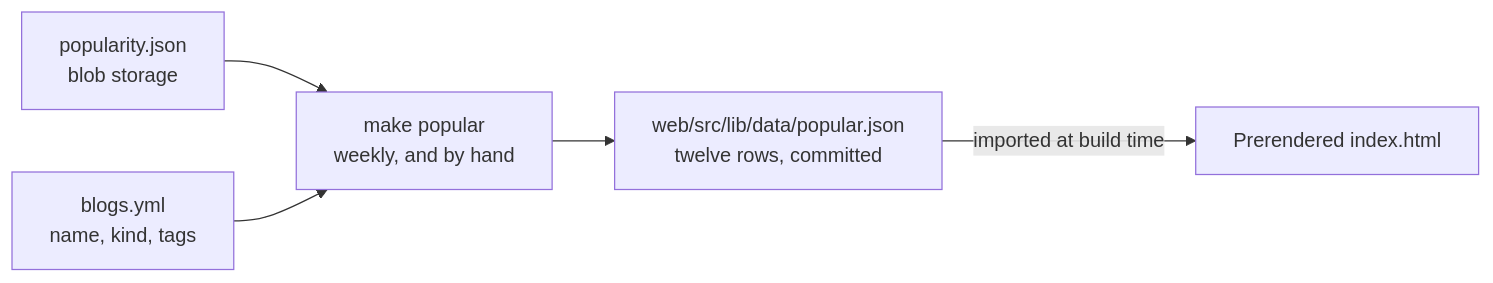
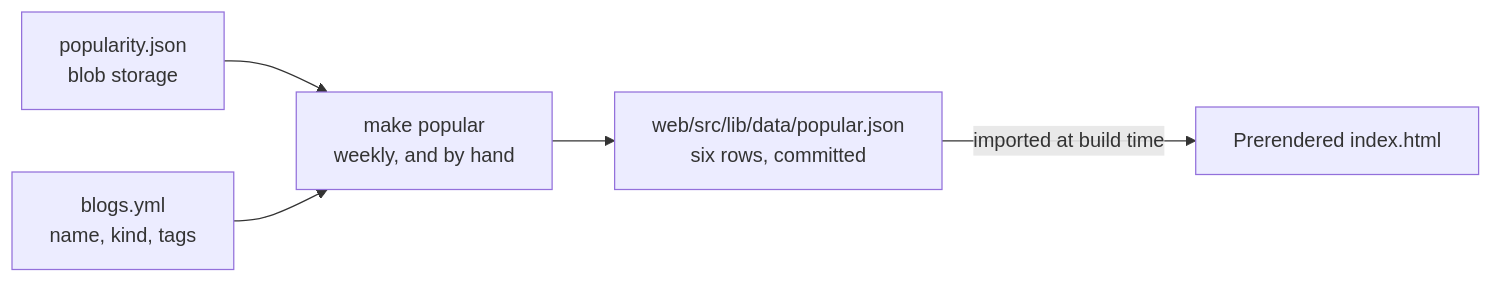
One commit to GitPaulo/blogme changed the first of 2 diagrams in docs/plans/popular-blogs-landing-plan.md. Above: the diagram before and after it, drawn with Mermaid. The commit also changed other lines of this file and 13 other files, not shown here.

````diff
--- a/docs/plans/popular-blogs-landing-plan.md
+++ b/docs/plans/popular-blogs-landing-plan.md
@@ -84,7 +84,7 @@
 ```mermaid
 flowchart LR
     P["popularity.json<br/>blob storage"] --> G["make popular<br/>weekly, and by hand"]
     Y["blogs.yml<br/>name, kind, tags"] --> G
-    G --> J["web/src/lib/data/popular.json<br/>twelve rows, committed"]
+    G --> J["web/src/lib/data/popular.json<br/>six rows, committed"]
     J -->|"imported at build time"| B["Prerendered index.html"]
 ```
````
